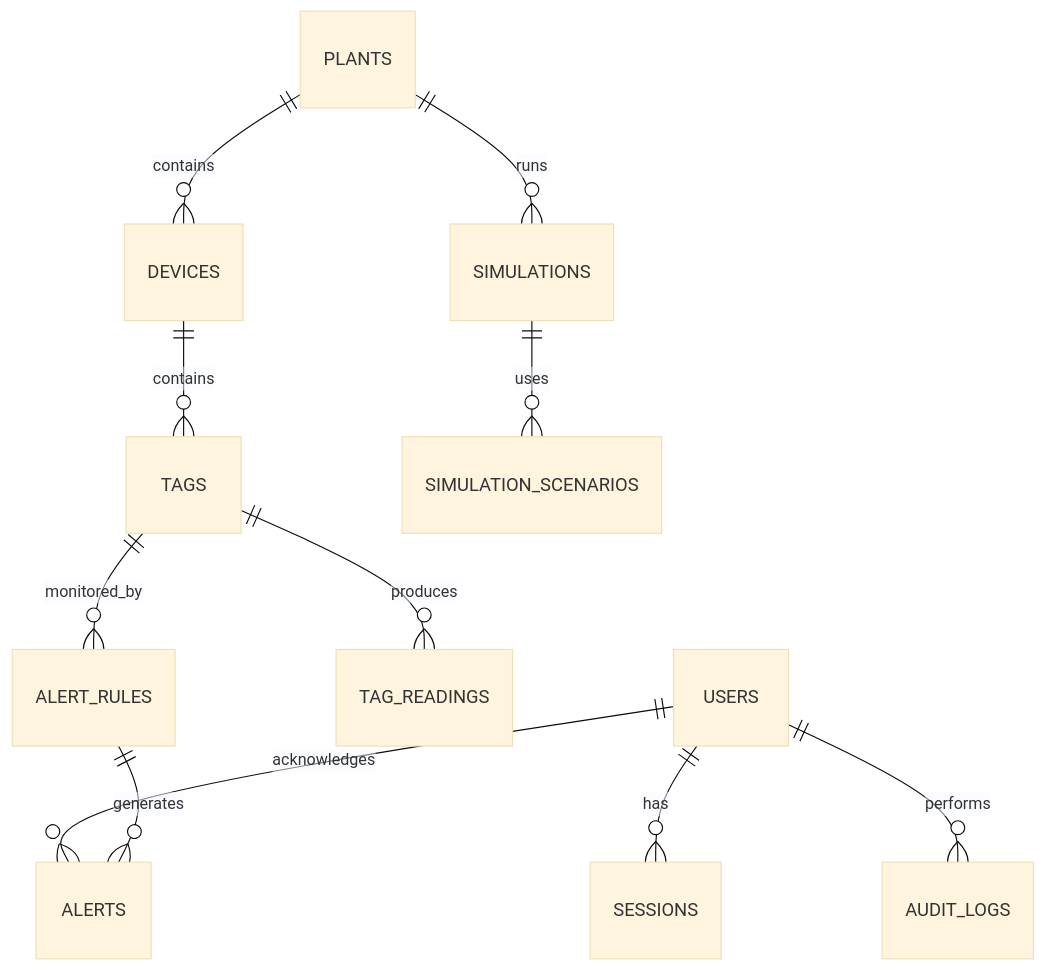
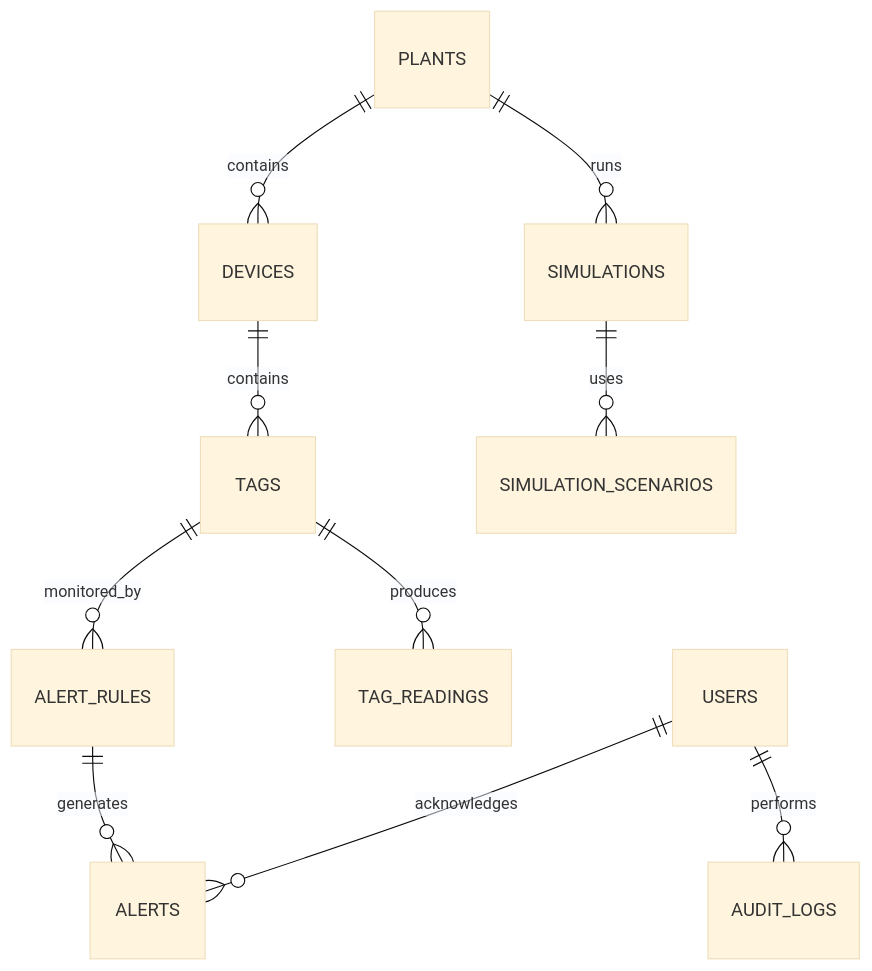
One commit to bryancastillo10/smart-plc-control changed the diagram in server/SCHEMA.MD. Above: the diagram before and after it, drawn with Mermaid (base theme). The commit also changed other lines of this file, not shown here.

Commit message:
🧹chore: remove Sessions schema updated with more flexible tables

````diff
--- a/server/SCHEMA.MD
+++ b/server/SCHEMA.MD
@@ -9,18 +9,17 @@
 ```mermaid
 erDiagram
-    USERS ||--o{ SESSIONS : has
     USERS ||--o{ ALERTS : acknowledges
     USERS ||--o{ AUDIT_LOGS : performs
 
     PLANTS ||--o{ DEVICES : contains
     PLANTS ||--o{ SIMULATIONS : runs
 
     DEVICES ||--o{ TAGS : contains
 
     TAGS ||--o{ TAG_READINGS : produces
     TAGS ||--o{ ALERT_RULES : monitored_by
 
     ALERT_RULES ||--o{ ALERTS : generates
 
     SIMULATIONS ||--o{ SIMULATION_SCENARIOS : uses
 ```
````
